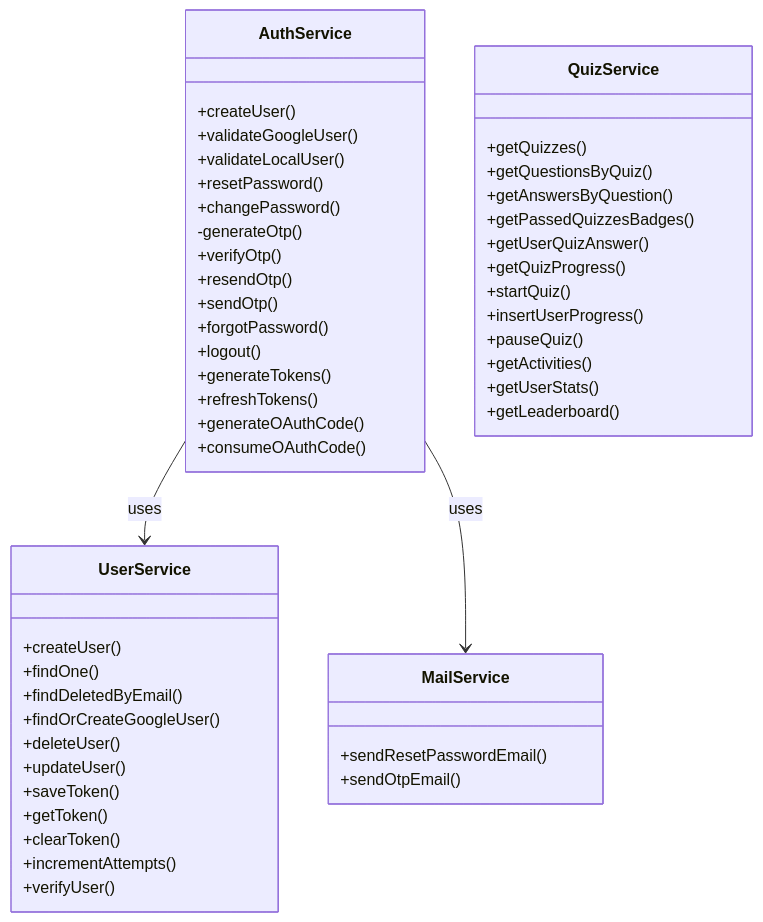
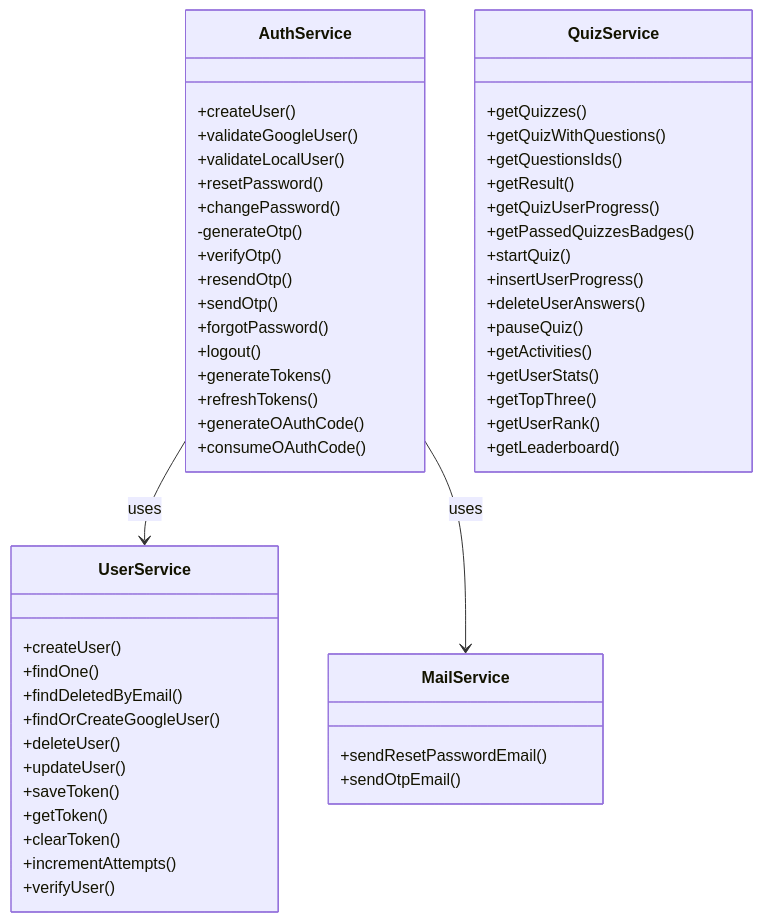
Before and after one commit to Ahmed-Elgammal-900/Quiz-App-Back-End: the third of 5 diagrams in README.md, drawn with Mermaid. The commit also changed other lines of this file and 1 other file, not shown here.

````diff
--- a/README.md
+++ b/README.md
@@ -352,55 +355,58 @@
 ```mermaid
 classDiagram
 class AuthService {
 +createUser()
 +validateGoogleUser()
 +validateLocalUser()
 +resetPassword()
 +changePassword()
 -generateOtp()
 +verifyOtp()
 +resendOtp()
 +sendOtp()
 +forgotPassword()
 +logout()
 +generateTokens()
 +refreshTokens()
 +generateOAuthCode()
 +consumeOAuthCode()
 }
 class UserService {
 +createUser()
 +findOne()
 +findDeletedByEmail()
 +findOrCreateGoogleUser()
 +deleteUser()
 +updateUser()
 +saveToken()
 +getToken()
 +clearToken()
 +incrementAttempts()
 +verifyUser()
 }
 class QuizService {
 +getQuizzes()
-+getQuestionsByQuiz()
-+getAnswersByQuestion()
++getQuizWithQuestions()
++getQuestionsIds()
++getResult()
++getQuizUserProgress()
 +getPassedQuizzesBadges()
-+getUserQuizAnswer()
-+getQuizProgress()
 +startQuiz()
 +insertUserProgress()
++deleteUserAnswers()
 +pauseQuiz()
 +getActivities()
 +getUserStats()
++getTopThree()
++getUserRank()
 +getLeaderboard()
 }
 class MailService {
 +sendResetPasswordEmail()
 +sendOtpEmail()
 }
 
     AuthService --> UserService : uses
     AuthService --> MailService: uses
 
 ```
````
